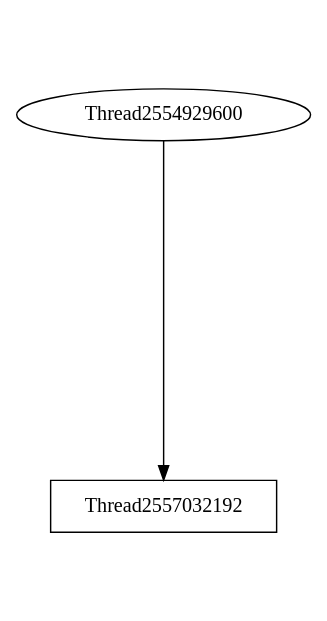
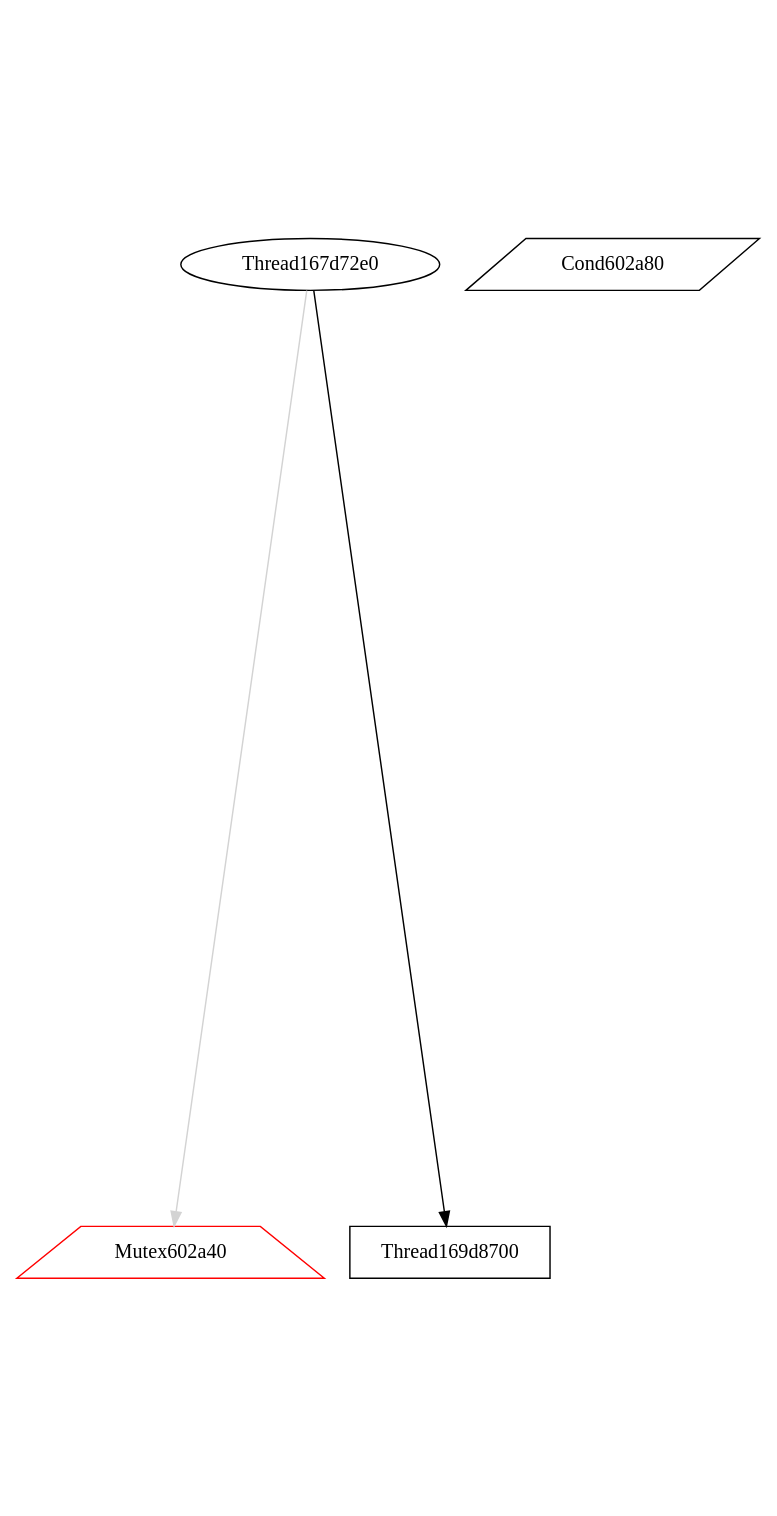
One commit to v4o6/cs410 changed the diagram in view/dot/graph009.dot. Above: the diagram before and after it, drawn with Graphviz. The commit also changed 200 other files, not shown here.

```diff
--- a/view/dot/graph009.dot
+++ b/view/dot/graph009.dot
@@ -1,5 +1,8 @@
 digraph G {
 graph[center=true, ratio=2];
-Thread2554929600 -> Thread2557032192 [arrowhead=normal];
-Thread2557032192 [shape=box,color=black];
+Mutex602a40 [shape=trapezium,color=red];
+Cond602a80 [shape=parallelogram,color=black];
+Thread169d8700 [shape=box,color=black];
+Thread167d72e0 -> Mutex602a40 [arrowhead=normal,color=lightgray];
+Thread167d72e0 -> Thread169d8700 [arrowhead=normal];
 }
```
